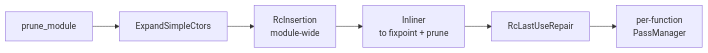
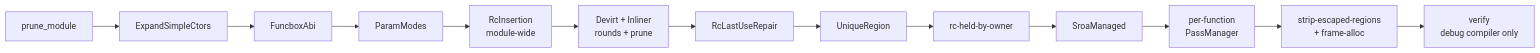
One commit to sps014/dream changed the first of 2 diagrams in docs/internals/05-writing-passes.md. Above: the diagram before and after it, drawn with Mermaid. The commit also changed other lines of this file and 141 other files, not shown here.

````diff
--- a/docs/internals/05-writing-passes.md
+++ b/docs/internals/05-writing-passes.md
@@ -35,4 +35,4 @@
 ```mermaid
 flowchart LR
-    prune1[prune_module] --> expand[ExpandSimpleCtors] --> rc[RcInsertion\nmodule-wide] --> inline[Inliner\nto fixpoint + prune] --> repair[RcLastUseRepair] --> perfn[per-function\nPassManager]
+    prune1[prune_module] --> expand[ExpandSimpleCtors] --> fbox[FuncboxAbi] --> pm[ParamModes] --> rc[RcInsertion\nmodule-wide] --> inline[Devirt + Inliner\nrounds + prune] --> repair[RcLastUseRepair] --> ur[UniqueRegion] --> held[rc-held-by-owner] --> sm[SroaManaged] --> perfn[per-function\nPassManager] --> late[strip-escaped-regions\n+ frame-alloc] --> verify[verify\ndebug compiler only]
 ```
````
